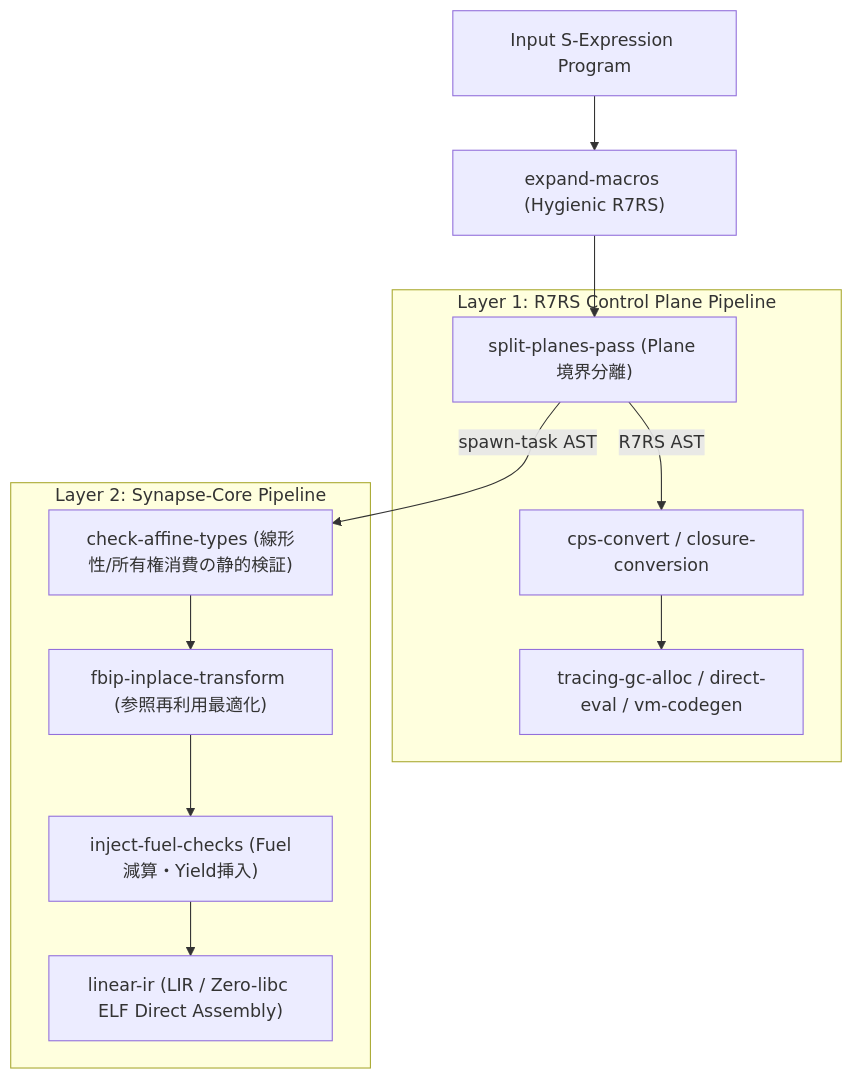
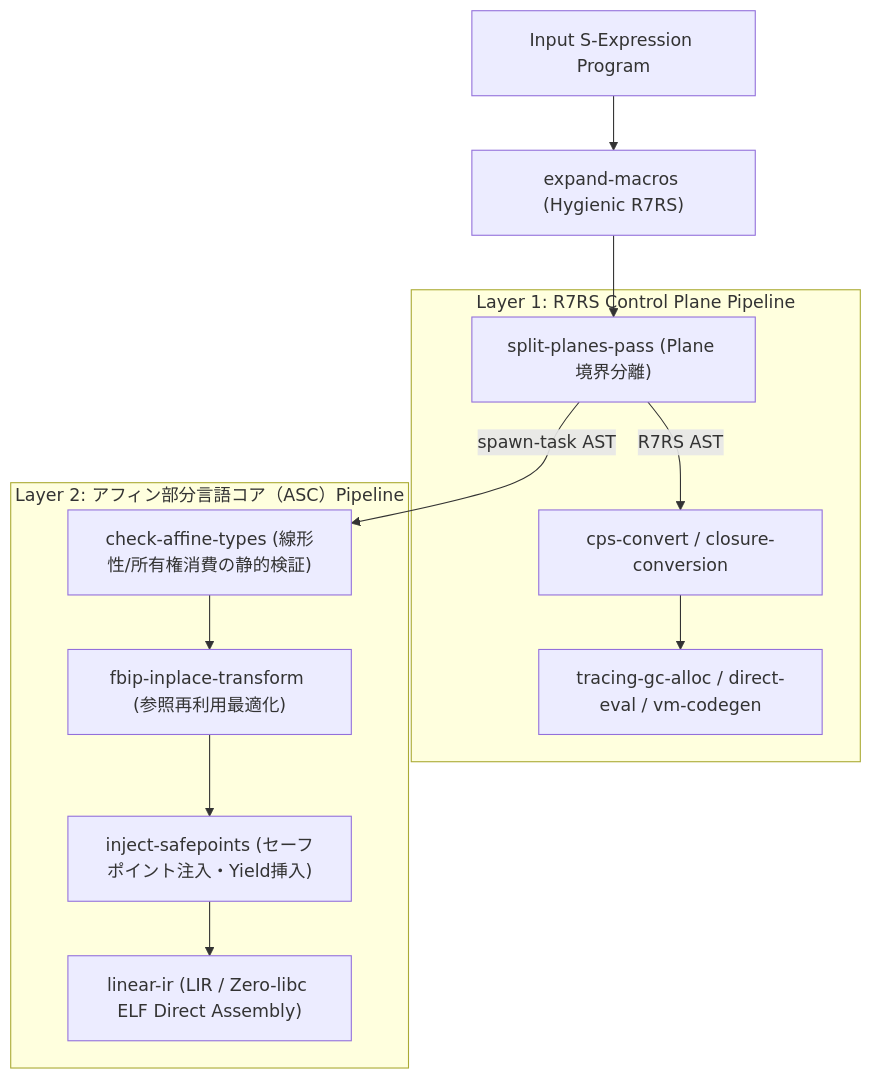
The fifth of 8 diagrams in docs/designs/DSN-37-synapse_dual_plane_concurrent_runtime_architecture.md (rokujyouhitoma/arxiv-security-papers), drawn with Mermaid before and after one commit. The commit also changed other lines of this file and 19 other files, not shown here.

First line of the commit message:
docs(dsn-37): standardize architecture terminology to standard CS concepts

````diff
--- a/docs/designs/DSN-37-synapse_dual_plane_concurrent_runtime_architecture.md
+++ b/docs/designs/DSN-37-synapse_dual_plane_concurrent_runtime_architecture.md
@@ -492,17 +493,17 @@
 ```mermaid
 flowchart TD
     S01["Input S-Expression Program"] --> S02["expand-macros (Hygienic R7RS)"]
     S02 --> S03["split-planes-pass (Plane 境界分離)"]
     
     subgraph ControlFlow ["Layer 1: R7RS Control Plane Pipeline"]
         S03 -->|R7RS AST| C01["cps-convert / closure-conversion"]
         C01 --> C02["tracing-gc-alloc / direct-eval / vm-codegen"]
     end
     
-    subgraph SynapseFlow ["Layer 2: Synapse-Core Pipeline"]
+    subgraph ASCFlow ["Layer 2: アフィン部分言語コア（ASC）Pipeline"]
         S03 -->|"spawn-task AST"| P01["check-affine-types (線形性/所有権消費の静的検証)"]
         P01 --> P02["fbip-inplace-transform (参照再利用最適化)"]
-        P02 --> P03["inject-fuel-checks (Fuel減算・Yield挿入)"]
+        P02 --> P03["inject-safepoints (セーフポイント注入・Yield挿入)"]
         P03 --> P04["linear-ir (LIR / Zero-libc ELF Direct Assembly)"]
     end
 ```
````
